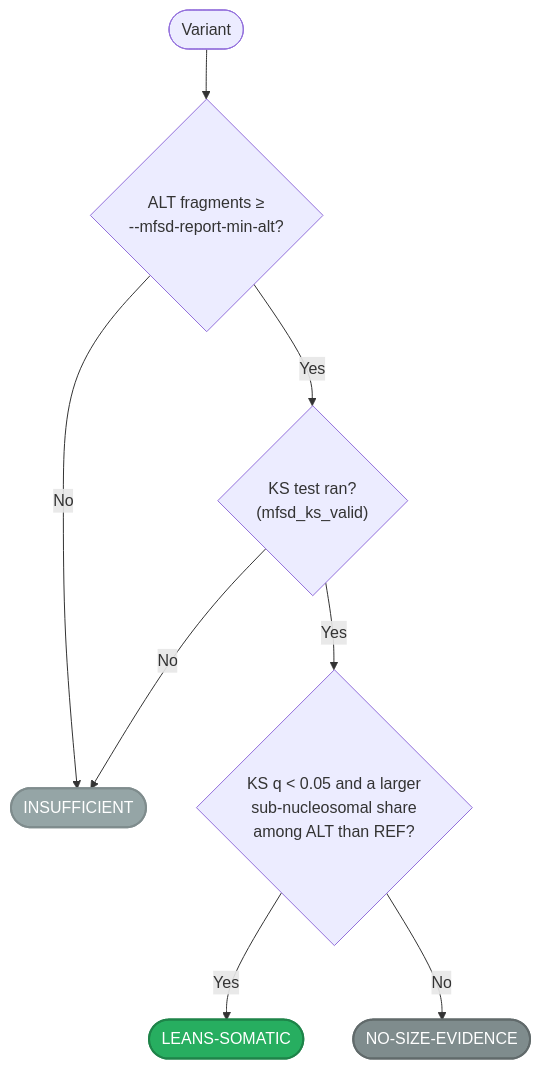
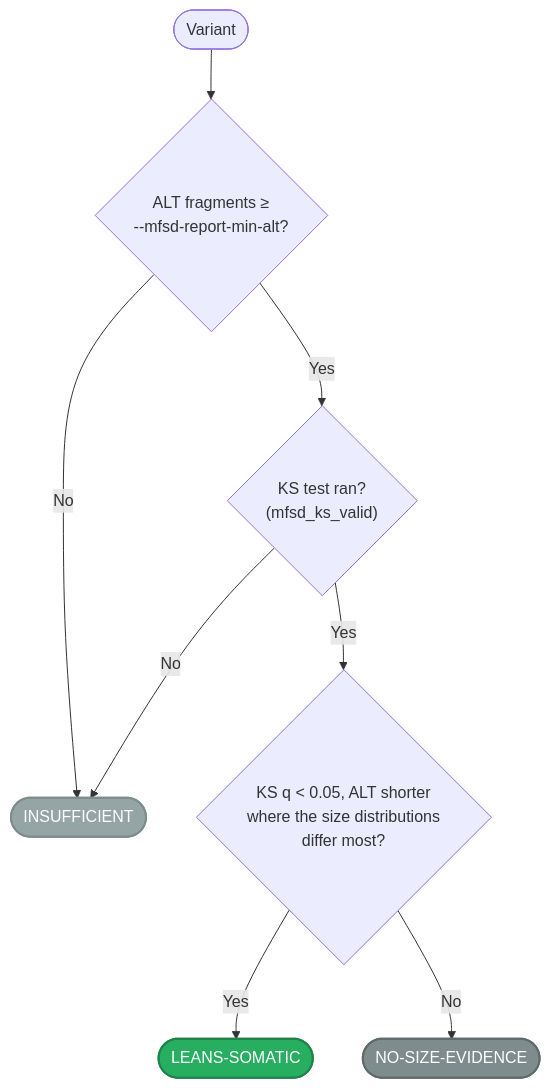
The diagram in docs/reference/qc-flags.md (msk-access/gbcms), drawn with Mermaid before and after one commit. The commit also changed other lines of this file and 10 other files, not shown here.

````diff
--- a/docs/reference/qc-flags.md
+++ b/docs/reference/qc-flags.md
@@ -149,14 +149,14 @@
 ```mermaid
 flowchart TD
     Start(["Variant"]) --> AltCheck{"ALT fragments ≥<br/>--mfsd-report-min-alt?"}
     AltCheck -->|"No"| Insufficient(["INSUFFICIENT"]):::grey
     AltCheck -->|"Yes"| KSValid{"KS test ran?<br/>(mfsd_ks_valid)"}
     KSValid -->|"No"| Insufficient
-    KSValid -->|"Yes"| Shorter{"KS q < 0.05 and a larger<br/>sub-nucleosomal share<br/>among ALT than REF?"}
+    KSValid -->|"Yes"| Shorter{"KS q < 0.05, ALT shorter<br/>where the size distributions<br/>differ most?"}
     Shorter -->|"Yes"| Somatic(["LEANS-SOMATIC"]):::green
     Shorter -->|"No"| None(["NO-SIZE-EVIDENCE"]):::blue
 
     classDef green fill:#27ae60,color:#fff,stroke:#1e8449,stroke-width:2px;
     classDef blue fill:#7f8c8d,color:#fff,stroke:#616a6b,stroke-width:2px;
     classDef grey fill:#95a5a6,color:#fff,stroke:#7f8c8d,stroke-width:2px;
 ```
````
